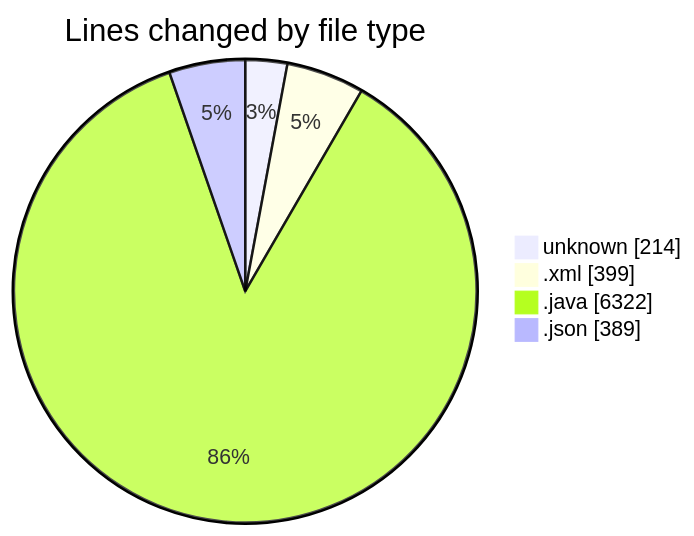
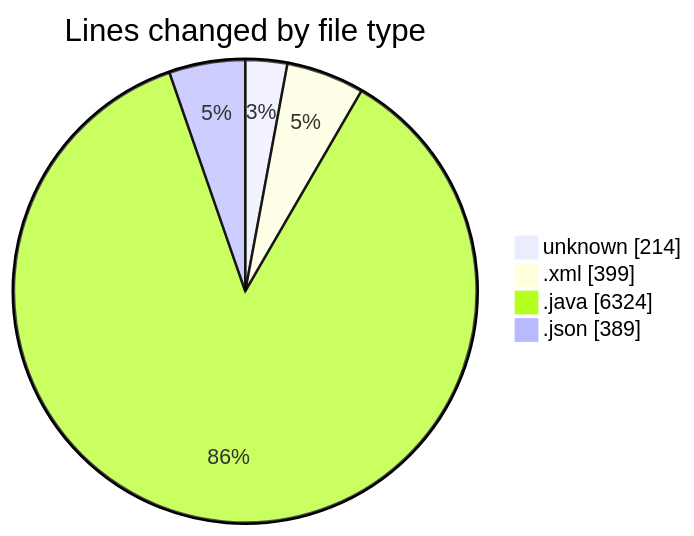
The first of 2 diagrams in 2025-02-24/micros/README.md (charlie-sans/code-tracking), drawn with Mermaid before and after one commit. The commit also changed other lines of this file and 1 other file, not shown here.

````diff
--- a/2025-02-24/micros/README.md
+++ b/2025-02-24/micros/README.md
@@ -39,8 +39,8 @@
 ```mermaid
 pie showData
 title Lines changed by file type
 "unknown" : 214
 ".xml" : 399
-".java" : 6322
+".java" : 6324
 ".json" : 389
 ```
````
